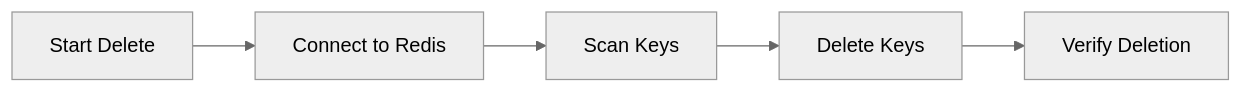
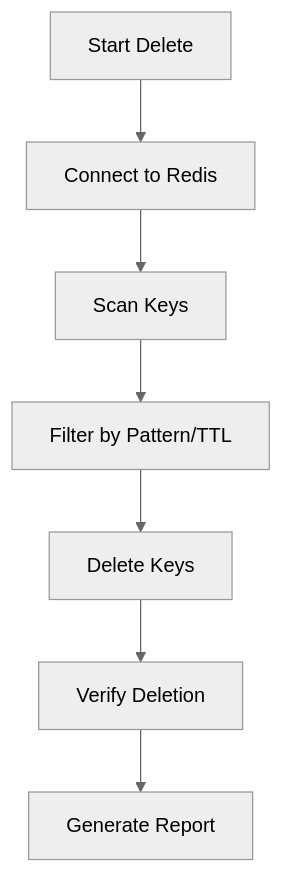
Before and after one commit to Abhinav-birdeye/redetective: the third of 4 diagrams in README.md, drawn with Mermaid (neutral theme). The commit also changed other lines of this file and 4 other files, not shown here.

````diff
--- a/README.md
+++ b/README.md
@@ -93,7 +107,9 @@
 ```mermaid
-graph LR
+graph TD
     A[Start Delete] --> B[Connect to Redis]
     B --> C[Scan Keys]
-    C --> D[Delete Keys]
-    D --> E[Verify Deletion]
+    C --> D[Filter by Pattern/TTL]
+    D --> E[Delete Keys]
+    E --> F[Verify Deletion]
+    F --> G[Generate Report]
 ```
````
